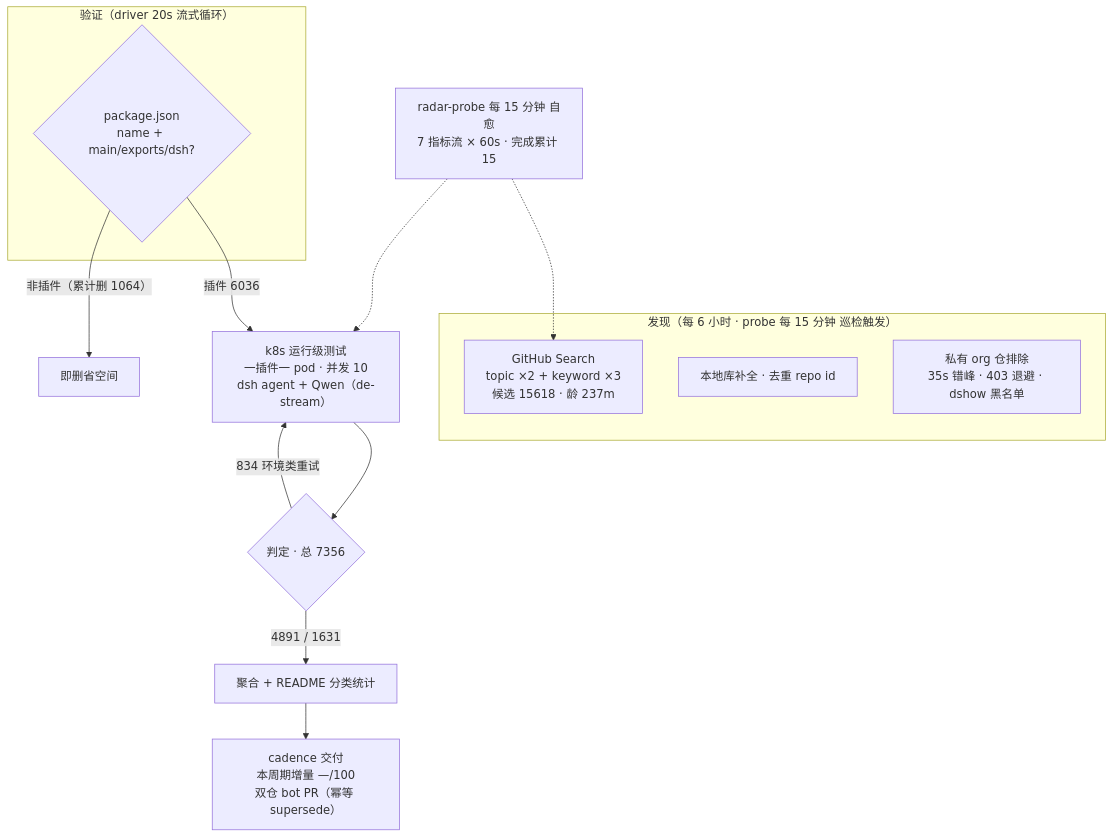
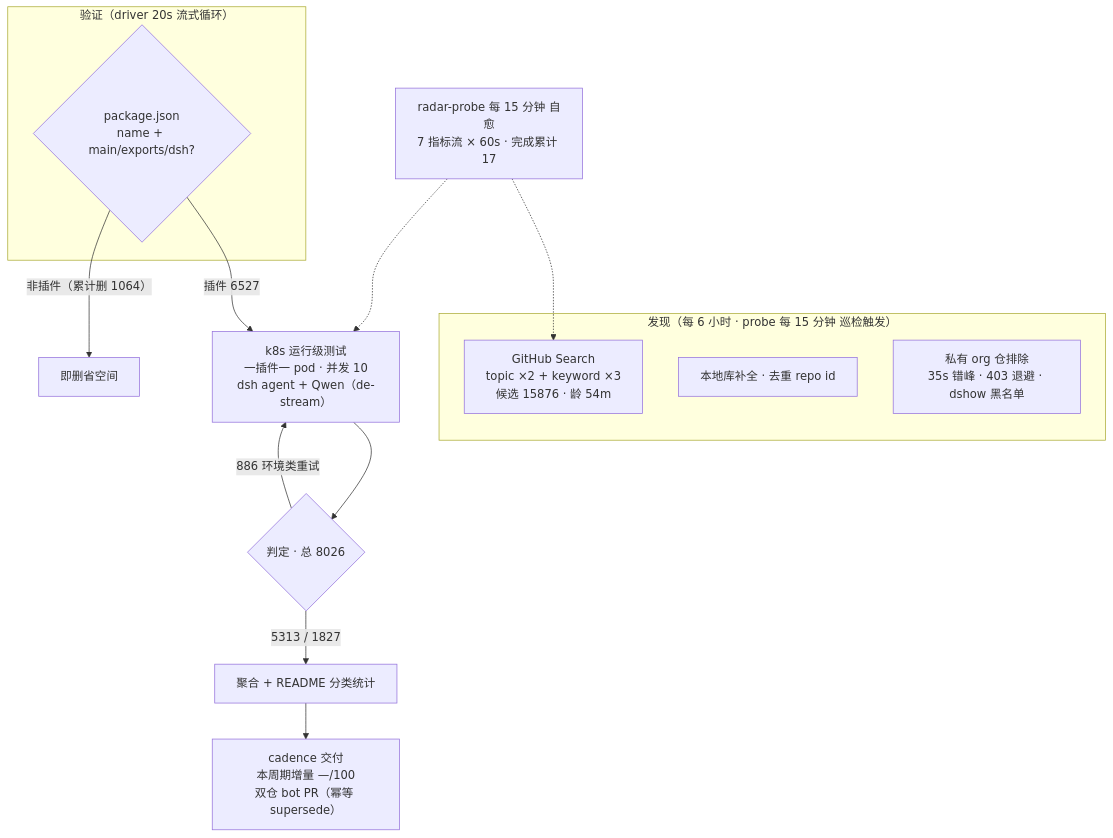
One commit to AdamPlatin123/awesome-dsh-plugins changed the diagram in README.md. Above: the diagram before and after it, drawn with Mermaid. The commit also changed other lines of this file and 4 other files, not shown here.

````diff
--- a/README.md
+++ b/README.md
@@ -37,20 +37,20 @@
 ```mermaid
 flowchart TB
     subgraph Discovery["发现（每 6 小时 · probe 每 15 分钟 巡检触发）"]
-        A1["GitHub Search<br/>topic ×2 + keyword ×3<br/>候选 15618 · 龄 237m"]
+        A1["GitHub Search<br/>topic ×2 + keyword ×3<br/>候选 15876 · 龄 54m"]
         A2["本地库补全 · 去重 repo id"]
         A3["私有 org 仓排除<br/>35s 错峰 · 403 退避 · dshow 黑名单"]
     end
     subgraph Validation["验证（driver 20s 流式循环）"]
         B1{"package.json<br/>name + main/exports/dsh?"}
     end
-    B1 -->|"插件 6036"| C1["k8s 运行级测试<br/>一插件一 pod · 并发 10<br/>dsh agent + Qwen（de-stream）"]
+    B1 -->|"插件 6527"| C1["k8s 运行级测试<br/>一插件一 pod · 并发 10<br/>dsh agent + Qwen（de-stream）"]
     B1 -->|"非插件（累计删 1064）"| B3["即删省空间"]
-    C1 --> D1{"判定 · 总 7356"}
-    D1 -->|"4891 / 1631"| E1["聚合 + README 分类统计"]
-    D1 -->|"834 环境类重试"| C1
+    C1 --> D1{"判定 · 总 8026"}
+    D1 -->|"5313 / 1827"| E1["聚合 + README 分类统计"]
+    D1 -->|"886 环境类重试"| C1
     E1 --> E2["cadence 交付<br/>本周期增量 —/100<br/>双仓 bot PR（幂等 supersede）"]
-    M["radar-probe 每 15 分钟 自愈<br/>7 指标流 × 60s · 完成累计 15"]
+    M["radar-probe 每 15 分钟 自愈<br/>7 指标流 × 60s · 完成累计 17"]
     M -.-> A1
     M -.-> C1
 ```
````
